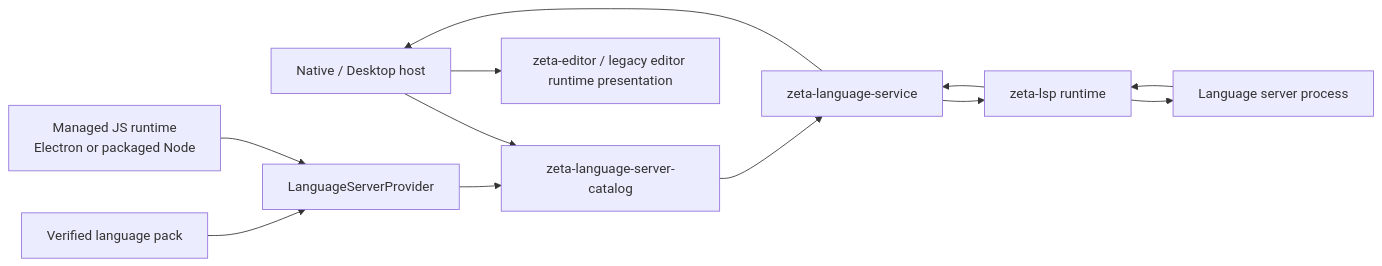
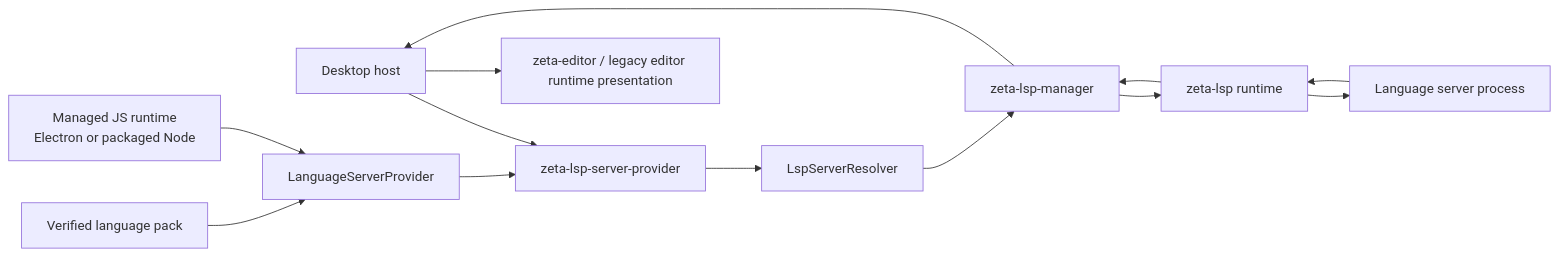
Before and after one commit to chogng/zeta: the diagram in docs/lsp.md, drawn with Mermaid. The commit also changed other lines of this file and 79 other files, not shown here.

First line of the commit message:
refactor(lsp): reorganize language server ownership

````diff
--- a/docs/lsp.md
+++ b/docs/lsp.md
@@ -46,14 +46,15 @@
 ```mermaid
 flowchart LR
-    Host["Native / Desktop host"] --> Catalog["zeta-language-server-catalog"]
+    Host["Desktop host"] --> Providers["zeta-lsp-server-provider"]
     Pack["Verified language pack"] --> Provider["LanguageServerProvider"]
     Node["Managed JS runtime<br/>Electron or packaged Node"] --> Provider
-    Provider --> Catalog
-    Catalog --> Service["zeta-language-service"]
-    Service --> Runtime["zeta-lsp runtime"]
+    Provider --> Providers
+    Providers --> Resolver["LspServerResolver"]
+    Resolver --> Manager["zeta-lsp-manager"]
+    Manager --> Runtime["zeta-lsp runtime"]
     Runtime --> Server["Language server process"]
     Server --> Runtime
-    Runtime --> Service
-    Service --> Host
+    Runtime --> Manager
+    Manager --> Host
     Host --> Editor["zeta-editor / legacy editor runtime presentation"]
 ```
````
